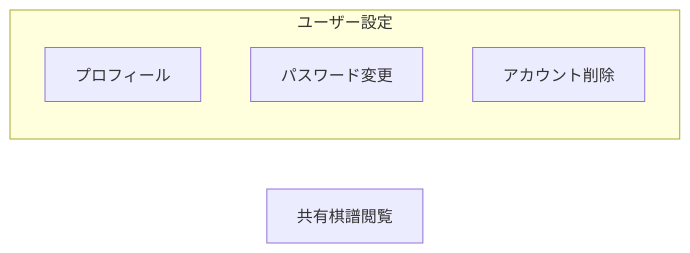
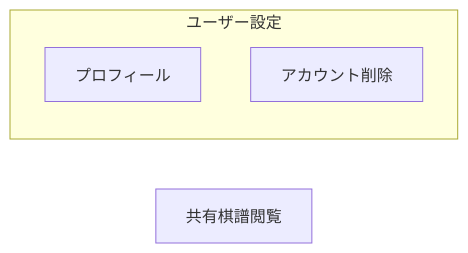
One commit to h-akira/ShogiProject2 changed the third of 3 diagrams in docs/requirements.md. Above: the diagram before and after it, drawn with Mermaid. The commit also changed other lines of this file and 5 other files, not shown here.

````diff
--- a/docs/requirements.md
+++ b/docs/requirements.md
@@ -376,10 +367,9 @@
 ```mermaid
 graph LR
   subgraph ユーザー設定
     Profile[プロフィール]
-    ChangePW[パスワード変更]
     DeleteAccount[アカウント削除]
   end
 
   SharedKifu[共有棋譜閲覧]
 ```
````
